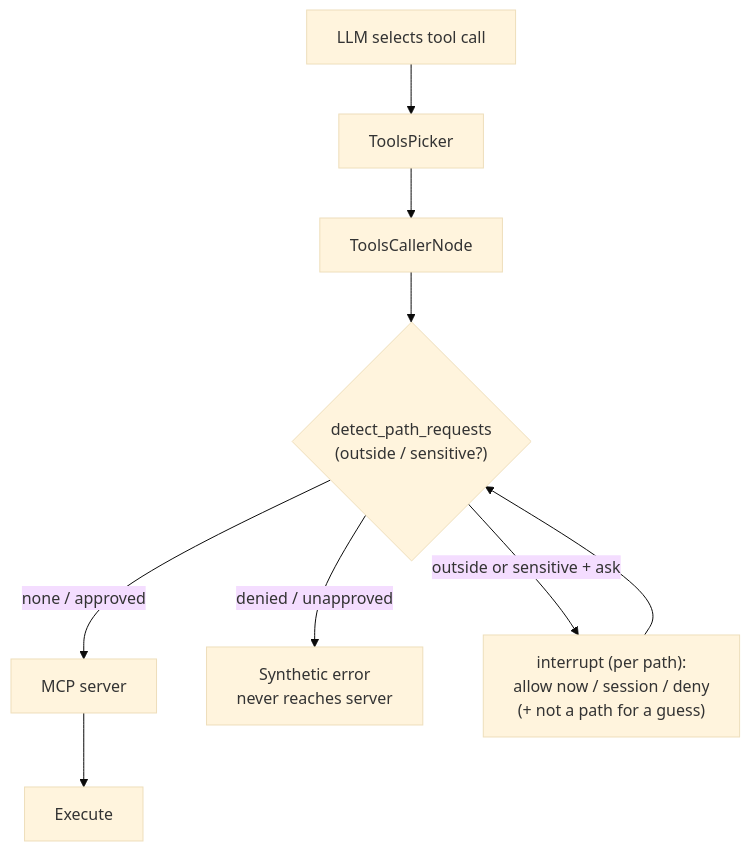
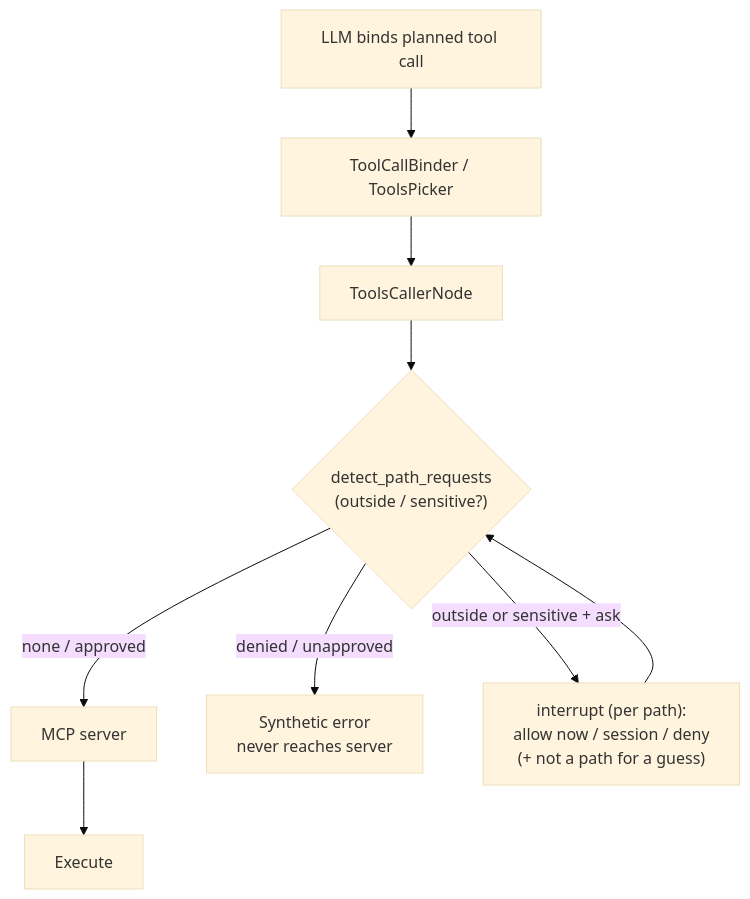
The diagram in devdocs/system/mcp-permissions.md (NeuroML/klea), drawn with Mermaid (base theme) before and after one commit. The commit also changed other lines of this file and 9 other files, not shown here.

Commit message:
docs: add tool-call binder and per-group batch binding

````diff
--- a/devdocs/system/mcp-permissions.md
+++ b/devdocs/system/mcp-permissions.md
@@ -95,11 +95,11 @@
 ```mermaid
 flowchart TD
-    LLM[LLM selects tool call] --> Picker[ToolsPicker]
+    LLM[LLM binds planned tool call] --> Picker[ToolCallBinder / ToolsPicker]
     Picker --> Caller[ToolsCallerNode]
     Caller --> PreCheck{"detect_path_requests\n(outside / sensitive?)"}
     PreCheck -- none / approved --> Server[MCP server]
     PreCheck -- denied / unapproved --> Synth1[Synthetic error\nnever reaches server]
     PreCheck -- "outside or sensitive + ask" --> Approval["interrupt (per path):\nallow now / session / deny\n(+ not a path for a guess)"]
     Approval --> PreCheck
     Server --> Exec[Execute]
 ```
````
